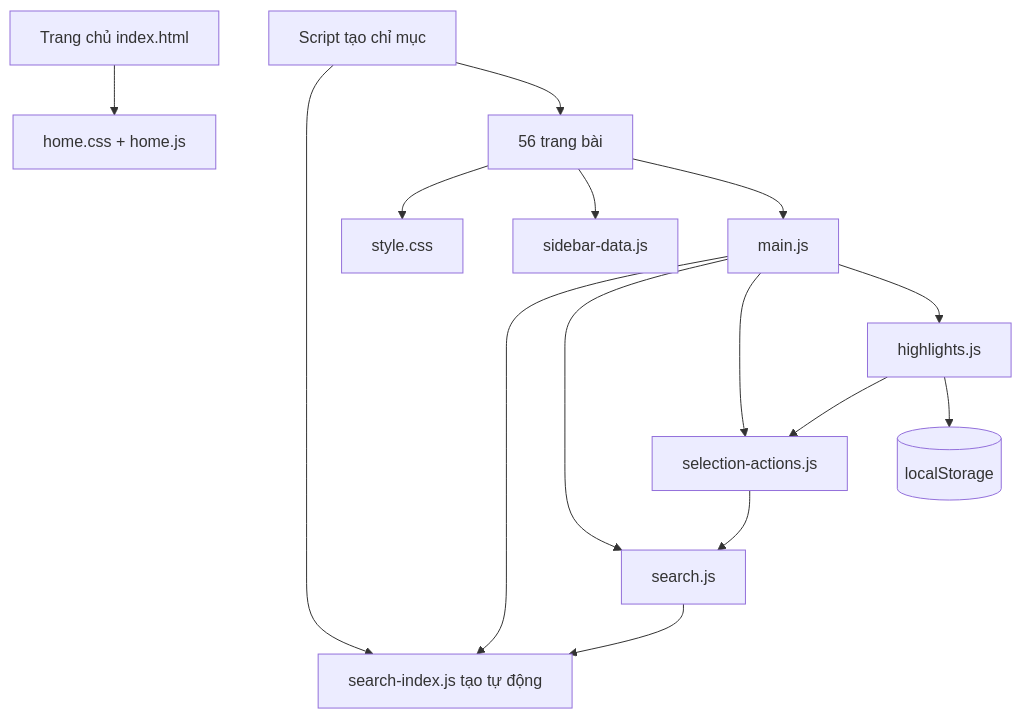
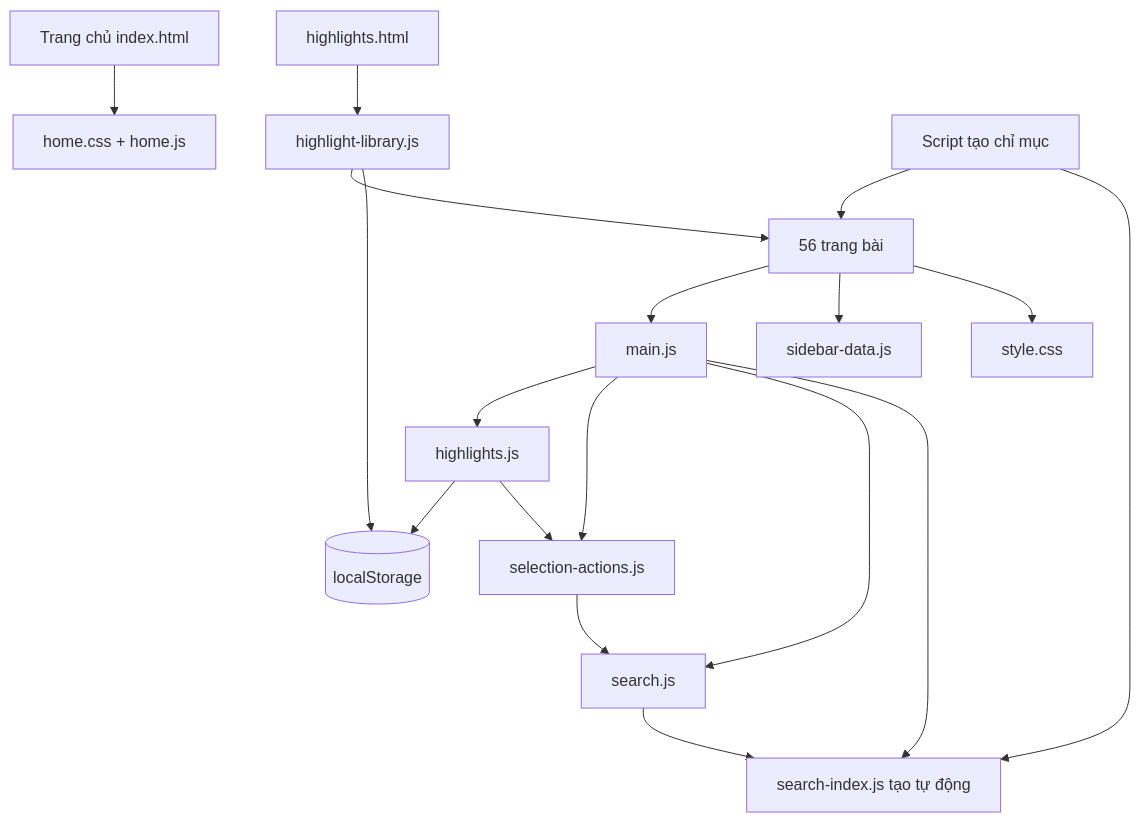
One commit to danghoangsqtt-sys/Ebook-basic-circuit changed the third of 4 diagrams in .DHSYSTEM/ARCHITECTURE.md. Above: the diagram before and after it, drawn with Mermaid. The commit also changed other lines of this file and 11 other files, not shown here.

````diff
--- a/.DHSYSTEM/ARCHITECTURE.md
+++ b/.DHSYSTEM/ARCHITECTURE.md
@@ -91,17 +99,20 @@
 ```mermaid
 flowchart TD
   L[Trang chủ index.html] --> HC[home.css + home.js]
   B[56 trang bài] --> C[style.css]
   B --> N[sidebar-data.js]
   B --> M[main.js]
   M --> S[search-index.js tạo tự động]
   M --> Q[search.js]
   Q --> S
   M --> T[selection-actions.js]
   T --> Q
   M --> H[highlights.js]
   H --> T
   H --> P[(localStorage)]
+  HL[highlights.html] --> HJ[highlight-library.js]
+  HJ --> P
+  HJ --> B
   G[Script tạo chỉ mục] --> S
   G --> B
 ```
````
